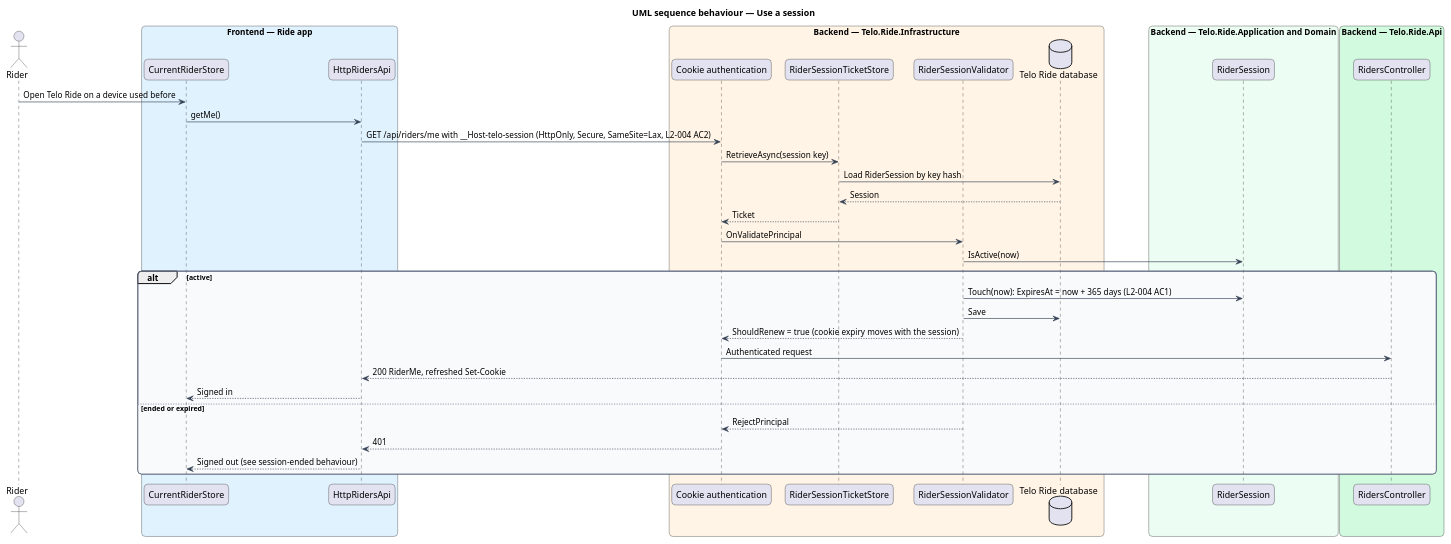
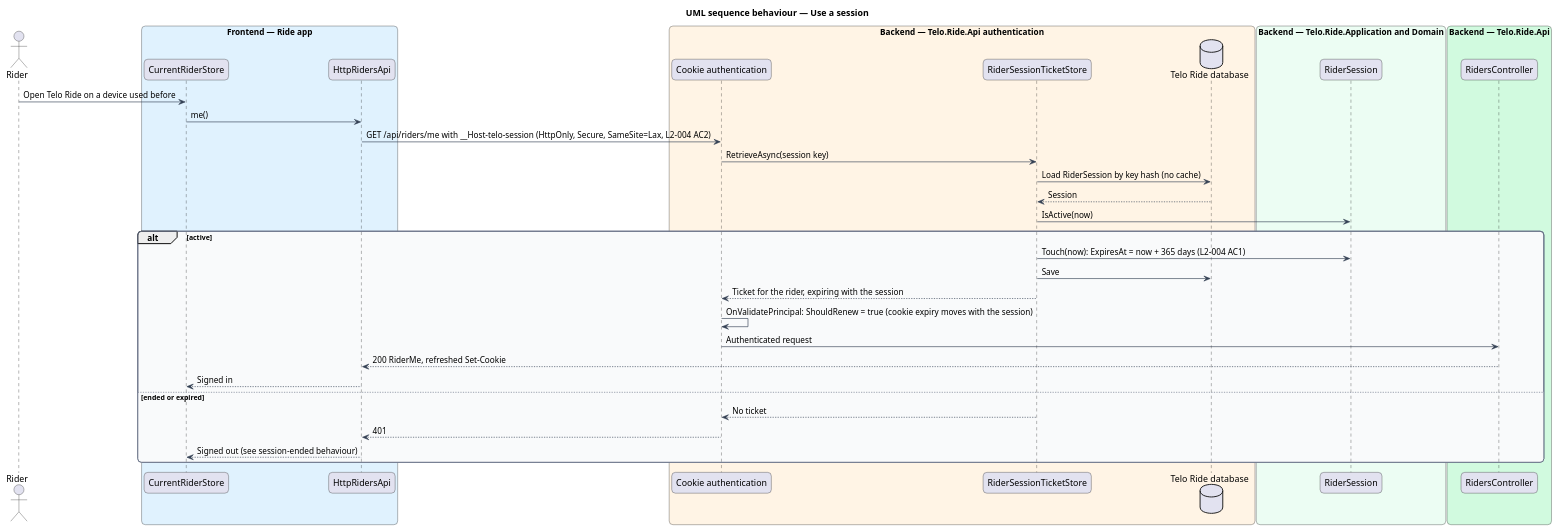
The diagram in docs/detailed-designs/accounts/stay-signed-in/diagrams/sequence-use-a-session.puml (QuinntyneBrown/ride-one), drawn with PlantUML before and after one commit. The commit also changed 19 other files, not shown here.

```diff
--- a/docs/detailed-designs/accounts/stay-signed-in/diagrams/sequence-use-a-session.puml
+++ b/docs/detailed-designs/accounts/stay-signed-in/diagrams/sequence-use-a-session.puml
@@ -1,55 +1,53 @@
 @startuml
 title UML sequence behaviour — Use a session
 skinparam backgroundColor #FFFFFF
 skinparam shadowing false
 skinparam roundcorner 12
 skinparam defaultFontName Arial
 skinparam ArrowColor #344054
 skinparam rectangle {
   BorderColor #344054
   FontColor #101828
 }
 skinparam package {
   BorderColor #667085
   FontColor #101828
   BackgroundColor #F9FAFB
 }
 actor "Rider" as actor
 box "Frontend — Ride app" #E0F2FE
   participant "CurrentRiderStore" as current
   participant "HttpRidersApi" as client
 end box
-box "Backend — Telo.Ride.Infrastructure" #FFF4E5
+box "Backend — Telo.Ride.Api authentication" #FFF4E5
   participant "Cookie authentication" as cookie
   participant "RiderSessionTicketStore" as store
-  participant "RiderSessionValidator" as validator
   database "Telo Ride database" as db
 end box
 box "Backend — Telo.Ride.Application and Domain" #ECFDF3
   participant "RiderSession" as session
 end box
 box "Backend — Telo.Ride.Api" #D1FADF
   participant "RidersController" as ctrl
 end box
 actor -> current : Open Telo Ride on a device used before
-current -> client : getMe()
+current -> client : me()
 client -> cookie : GET /api/riders/me with __Host-telo-session (HttpOnly, Secure, SameSite=Lax, L2-004 AC2)
 cookie -> store : RetrieveAsync(session key)
-store -> db : Load RiderSession by key hash
+store -> db : Load RiderSession by key hash (no cache)
 db --> store : Session
-store --> cookie : Ticket
-cookie -> validator : OnValidatePrincipal
-validator -> session : IsActive(now)
+store -> session : IsActive(now)
 alt active
-  validator -> session : Touch(now): ExpiresAt = now + 365 days (L2-004 AC1)
-  validator -> db : Save
-  validator --> cookie : ShouldRenew = true (cookie expiry moves with the session)
+  store -> session : Touch(now): ExpiresAt = now + 365 days (L2-004 AC1)
+  store -> db : Save
+  store --> cookie : Ticket for the rider, expiring with the session
+  cookie -> cookie : OnValidatePrincipal: ShouldRenew = true (cookie expiry moves with the session)
   cookie -> ctrl : Authenticated request
   ctrl --> client : 200 RiderMe, refreshed Set-Cookie
   client --> current : Signed in
 else ended or expired
-  validator --> cookie : RejectPrincipal
+  store --> cookie : No ticket
   cookie --> client : 401
   client --> current : Signed out (see session-ended behaviour)
 end
 @enduml
```
